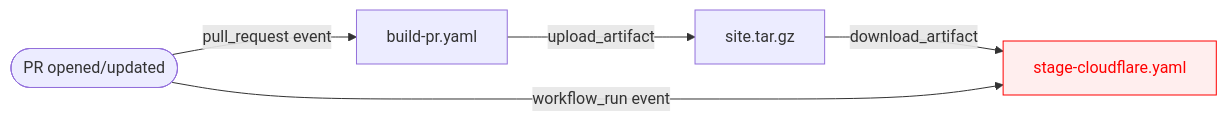
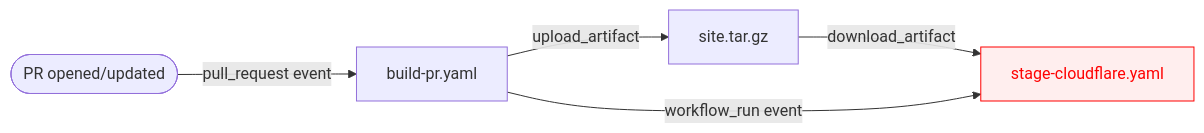
The first of 3 diagrams in README.md (omsf/static-site-tools), drawn with Mermaid before and after one commit. The commit also changed other lines of this file, not shown here.

Commit message:
fix: worklow run event comes from workflow

````diff
--- a/README.md
+++ b/README.md
@@ -56,9 +56,9 @@
 ```mermaid
 flowchart LR
    A([PR opened/updated]) -- pull_request event --> B[build-pr.yaml]
    B -- upload_artifact --> C[site.tar.gz]
    C -- download_artifact  --> D[stage-cloudflare.yaml]
-   A -- workflow_run event --> D
+   B -- workflow_run event --> D
 
    style D color:#f00,stroke:#f00,fill:#fee
 ```
````
